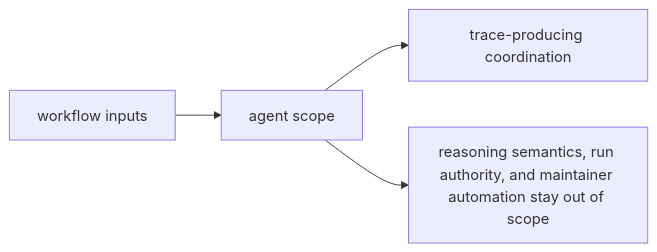
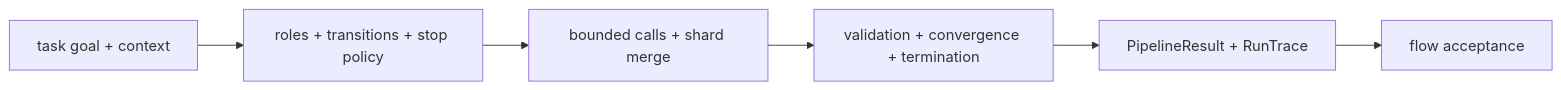
One commit to bijux/bijux-canon changed the diagram in docs/05-bijux-canon-agent/foundation/scope-and-non-goals.md. Above: the diagram before and after it, drawn with Mermaid. The commit also changed other lines of this file and 2 other files, not shown here.

Commit message:
docs(agent): define workflow progression authority

````diff
--- a/docs/05-bijux-canon-agent/foundation/scope-and-non-goals.md
+++ b/docs/05-bijux-canon-agent/foundation/scope-and-non-goals.md
@@ -16,10 +17,11 @@
 ```mermaid
 flowchart LR
-    workflow["workflow inputs"]
-    scope["agent scope"]
-    trace["trace-producing coordination"]
-    refuse["reasoning semantics, run authority, and maintainer automation stay out of scope"]
+    input["task goal + context"]
+    definition["roles + transitions + stop policy"]
+    execution["bounded calls + shard merge"]
+    decision["validation + convergence + termination"]
+    trace["PipelineResult + RunTrace"]
+    runtime["flow acceptance"]
 
-    workflow --> scope --> trace
-    scope --> refuse
+    input --> definition --> execution --> decision --> trace --> runtime
 ```
````
